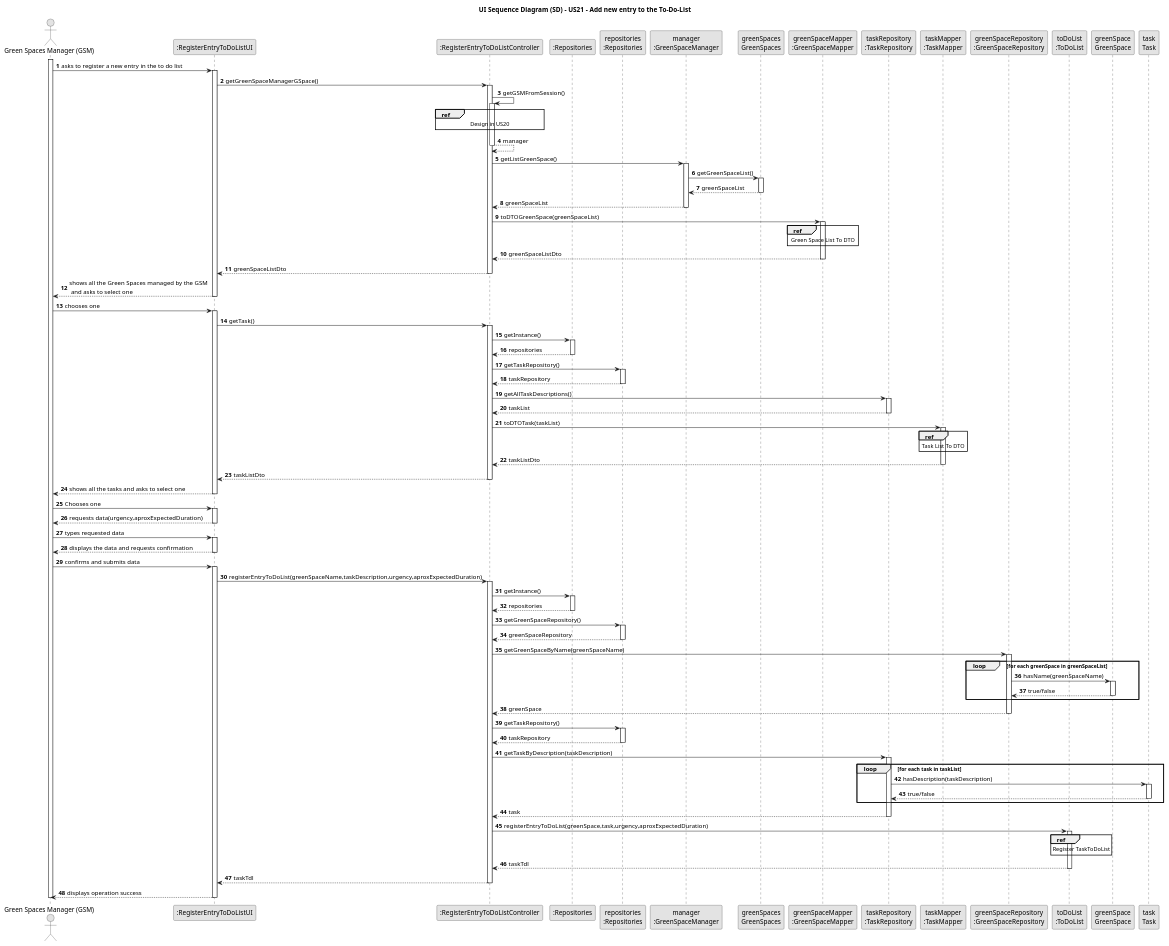
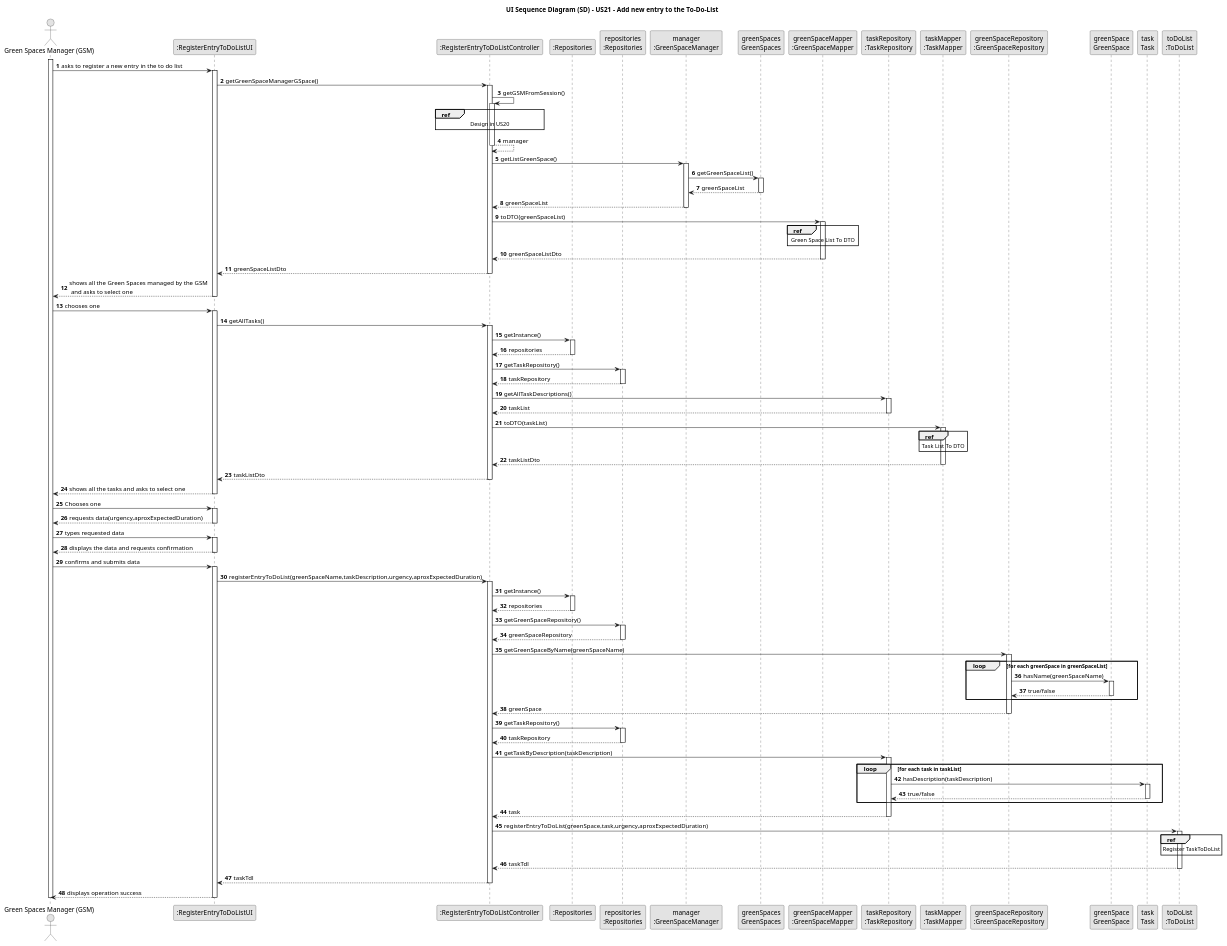
One commit to Departamento-de-Engenharia-Informatica/lei-24-s2-1db-g022 changed the diagram in docs/sprint3/us21/03.design/puml/us21-sequence-diagram.puml. Above: the diagram before and after it, drawn with PlantUML. The commit also changed 29 other files, not shown here.

```diff
--- a/docs/sprint3/us21/03.design/puml/us21-sequence-diagram.puml
+++ b/docs/sprint3/us21/03.design/puml/us21-sequence-diagram.puml
@@ -1,200 +1,200 @@
 @startuml
 skinparam monochrome true
 skinparam packageStyle rectangle
 skinparam shadowing false
 
 title UI Sequence Diagram (SD) - US21 - Add new entry to the To-Do-List
 
 autonumber
 
 'hide footbox
 actor "Green Spaces Manager (GSM)" as GSM
 participant ":RegisterEntryToDoListUI" as UI
 participant ":RegisterEntryToDoListController" as CTRL
 participant ":Repositories" as RepositorySingleton
 participant "repositories\n:Repositories" as PLAT
 participant "manager\n:GreenSpaceManager" as GSMO
 participant "greenSpaces\nGreenSpaces" as GREENSPACES
 participant "greenSpaceMapper\n:GreenSpaceMapper" as GSMP
 participant "taskRepository\n:TaskRepository" as TR
 participant "taskMapper\n:TaskMapper" as TMP
 participant "greenSpaceRepository\n:GreenSpaceRepository" as GSR
-participant "toDoList\n:ToDoList" as TDL
 participant "greenSpace\nGreenSpace" as GREENSPACE
 participant "task\nTask" as TASK
+participant "toDoList\n:ToDoList" as TDL
 
 activate GSM
 
         GSM -> UI : asks to register a new entry in the to do list
     activate UI
 
         UI -> CTRL : getGreenSpaceManagerGSpace()
     activate CTRL
 
         CTRL -> CTRL : getGSMFromSession()
     activate CTRL
 
         ref over CTRL
             Design in US20
         end ref
 
         CTRL --> CTRL : manager
     deactivate CTRL
 
         CTRL -> GSMO : getListGreenSpace()
     activate GSMO
 
         GSMO -> GREENSPACES : getGreenSpaceList()
     activate GREENSPACES
 
         GREENSPACES --> GSMO : greenSpaceList
     deactivate GREENSPACES
 
         GSMO --> CTRL : greenSpaceList
     deactivate GSMO
 
-        CTRL -> GSMP : toDTOGreenSpace(greenSpaceList)
+        CTRL -> GSMP : toDTO(greenSpaceList)
     activate GSMP
 
         ref over GSMP
             Green Space List To DTO
         end ref
 
        GSMP --> CTRL : greenSpaceListDto
     deactivate GSMP
 
         CTRL --> UI : greenSpaceListDto
     deactivate CTRL
 
         UI --> GSM : shows all the Green Spaces managed by the GSM \n and asks to select one
     deactivate UI
 
         GSM->UI: chooses one
     activate UI
 
-        UI-> CTRL : getTask()
+        UI-> CTRL : getAllTasks()
     activate CTRL
 
         CTRL -> RepositorySingleton : getInstance()
     activate RepositorySingleton
 
         RepositorySingleton --> CTRL: repositories
     deactivate RepositorySingleton
 
         CTRL -> PLAT: getTaskRepository()
     activate PLAT
 
         PLAT --> CTRL: taskRepository
     deactivate PLAT
 
         CTRL -> TR : getAllTaskDescriptions()
     activate TR
 
         TR --> CTRL : taskList
     deactivate TR
 
-        CTRL -> TMP : toDTOTask(taskList)
+        CTRL -> TMP : toDTO(taskList)
     activate TMP
 
         ref over TMP
             Task List To DTO
         end ref
 
         TMP --> CTRL : taskListDto
     deactivate TMP
 
         CTRL --> UI : taskListDto
     deactivate CTRL
 
         UI --> GSM : shows all the tasks and asks to select one
     deactivate UI
 
         GSM -> UI : Chooses one
     activate UI
 
         UI --> GSM : requests data(urgency,aproxExpectedDuration)
     deactivate UI
 
         GSM -> UI : types requested data
     activate UI
 
         UI --> GSM : displays the data and requests confirmation
     deactivate UI
 
         GSM -> UI : confirms and submits data
     activate UI
 
         UI -> CTRL: registerEntryToDoList(greenSpaceName,taskDescription,urgency,aproxExpectedDuration)
     activate CTRL
 
         CTRL -> RepositorySingleton : getInstance()
     activate RepositorySingleton
 
         RepositorySingleton --> CTRL: repositories
     deactivate RepositorySingleton
 
         CTRL -> PLAT: getGreenSpaceRepository()
     activate PLAT
 
         PLAT --> CTRL: greenSpaceRepository
     deactivate PLAT
 
         CTRL -> GSR : getGreenSpaceByName(greenSpaceName)
     activate GSR
 
         loop for each greenSpace in greenSpaceList
 
         GSR -> GREENSPACE : hasName(greenSpaceName)
 
         activate GREENSPACE
 
             GREENSPACE --> GSR : true/false
 
         deactivate GREENSPACE
 
         end
 
         GSR --> CTRL : greenSpace
     deactivate GSR
 
         CTRL -> PLAT: getTaskRepository()
     activate PLAT
 
         PLAT --> CTRL: taskRepository
     deactivate PLAT
 
         CTRL -> TR : getTaskByDescription(taskDescription)
     activate TR
         loop for each task in taskList
 
         TR -> TASK : hasDescription(taskDescription)
 
         activate TASK
 
             TASK --> TR : true/false
 
         deactivate TASK
 
         end
 
         TR --> CTRL : task
     deactivate TR
 
         CTRL -> TDL : registerEntryToDoList(greenSpace,task,urgency,aproxExpectedDuration)
     activate TDL
 
         ref over TDL
             Register TaskToDoList
         end
 
         TDL --> CTRL : taskTdl
     deactivate TDL
 
         CTRL --> UI : taskTdl
     deactivate CTRL
 
         UI --> GSM : displays operation success
     deactivate UI
 
 deactivate GSM
 @enduml
```
